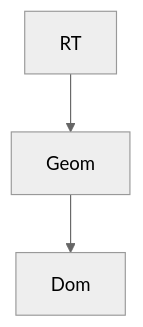
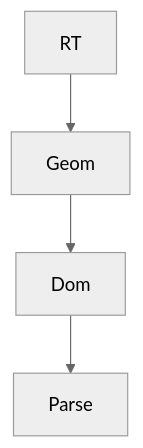
The diagram in README.md (FreddyWordingham/arctk), drawn with Mermaid (neutral theme) before and after one commit. The commit also changed 3 other files, not shown here.

````diff
--- a/README.md
+++ b/README.md
@@ -34,5 +34,6 @@
 ```mermaid
 graph TD;
     RT-->Geom;
     Geom-->Dom;
+    Dom-->Parse;
 ```
````
